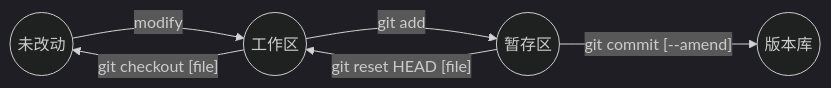
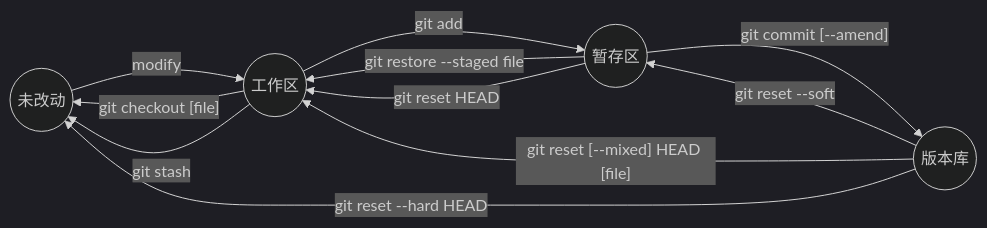
Before and after one commit to ZhouYuan123/PersonalNoteTaking: the first of 11 diagrams in Programming/Git.md, drawn with Mermaid (dark theme). The commit also changed other lines of this file and 4 other files, not shown here.

````diff
--- a/Programming/Git.md
+++ b/Programming/Git.md
@@ -101,7 +101,15 @@
 ```mermaid
 graph LR;
     A((未改动)); B((工作区)); C((暂存区)); D((版本库));
     A -->|modify|B -->|git add|C --> |" git commit [--amend] "|D;
-    C -->|"git reset HEAD [file]"|B;
-    B -->|"git checkout [file]"|A
+
+    B -->|"git checkout [file]"|A;
+    B -->|git stash|A;
+
+    C -->|git restore --staged file|B;
+    C -->|git reset HEAD|B;
+
+    D -->|git reset --soft|C;
+    D -->|"git reset [--mixed] HEAD [file]"|B;
+    D -->|git reset --hard HEAD|A;
 ```
````
